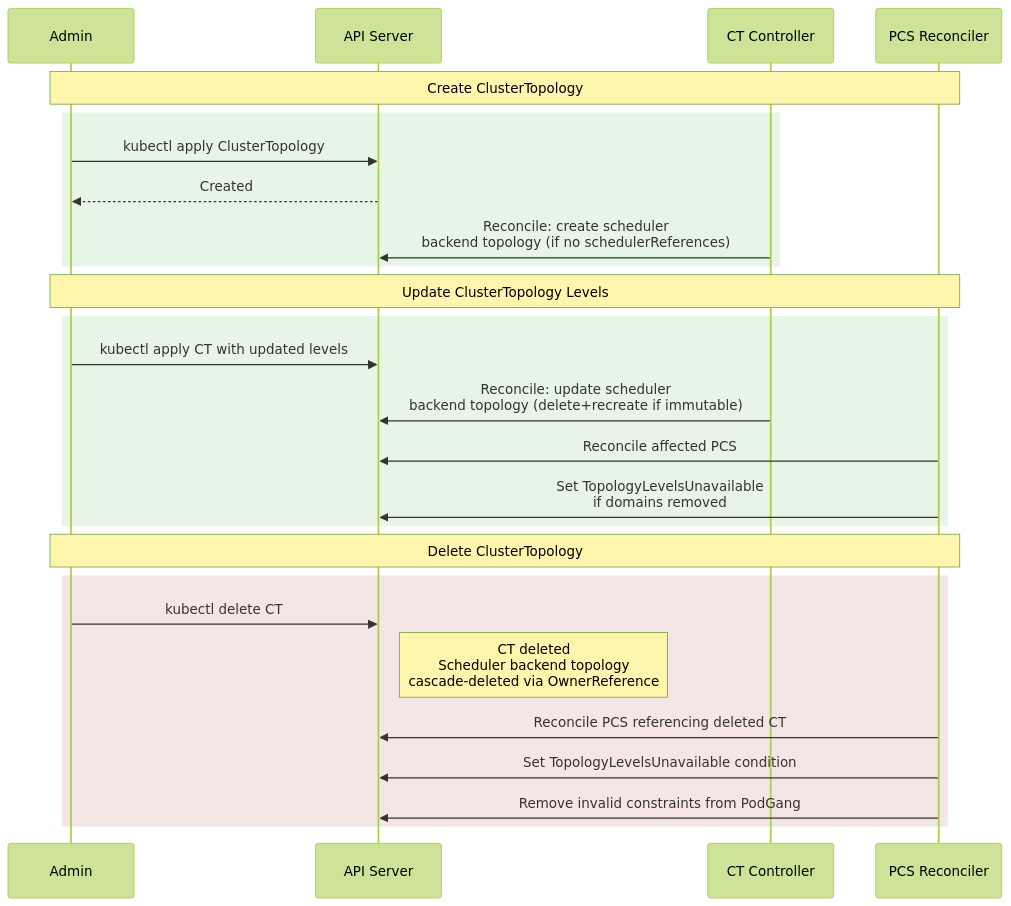
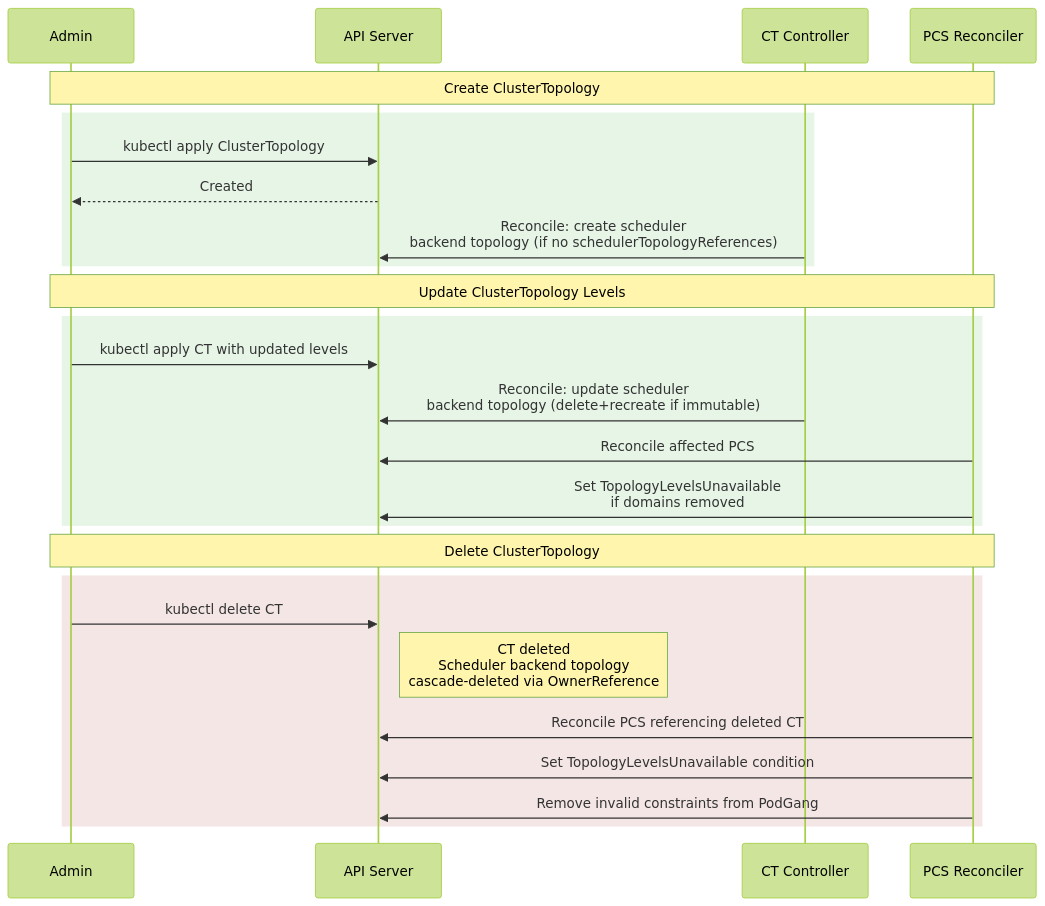
The diagram in docs/proposals/244-topology-aware-scheduling/README.md (renormalize/grove), drawn with Mermaid (forest theme) before and after one commit. The commit also changed other lines of this file and 80 other files, not shown here.

````diff
--- a/docs/proposals/244-topology-aware-scheduling/README.md
+++ b/docs/proposals/244-topology-aware-scheduling/README.md
@@ -571,34 +576,34 @@
 ```mermaid
 sequenceDiagram
     participant Admin
     participant API as API Server
     participant Ctrl as CT Controller
     participant PCSRec as PCS Reconciler
 
     Note over Admin, PCSRec: Create ClusterTopology
 
     rect rgb(230, 245, 230)
         Admin->>API: kubectl apply ClusterTopology
         API-->>Admin: Created
-        Ctrl->>API: Reconcile: create scheduler<br/>backend topology (if no schedulerReferences)
+        Ctrl->>API: Reconcile: create scheduler<br/>backend topology (if no schedulerTopologyReferences)
     end
 
     Note over Admin, PCSRec: Update ClusterTopology Levels
 
     rect rgb(230, 245, 230)
         Admin->>API: kubectl apply CT with updated levels
         Ctrl->>API: Reconcile: update scheduler<br/>backend topology (delete+recreate if immutable)
         PCSRec->>API: Reconcile affected PCS
         PCSRec->>API: Set TopologyLevelsUnavailable<br/>if domains removed
     end
 
     Note over Admin, PCSRec: Delete ClusterTopology
 
     rect rgb(245, 230, 230)
         Admin->>API: kubectl delete CT
         Note right of API: CT deleted<br/>Scheduler backend topology<br/>cascade-deleted via OwnerReference
         PCSRec->>API: Reconcile PCS referencing deleted CT
         PCSRec->>API: Set TopologyLevelsUnavailable condition
         PCSRec->>API: Remove invalid constraints from PodGang
     end
 ```
````
